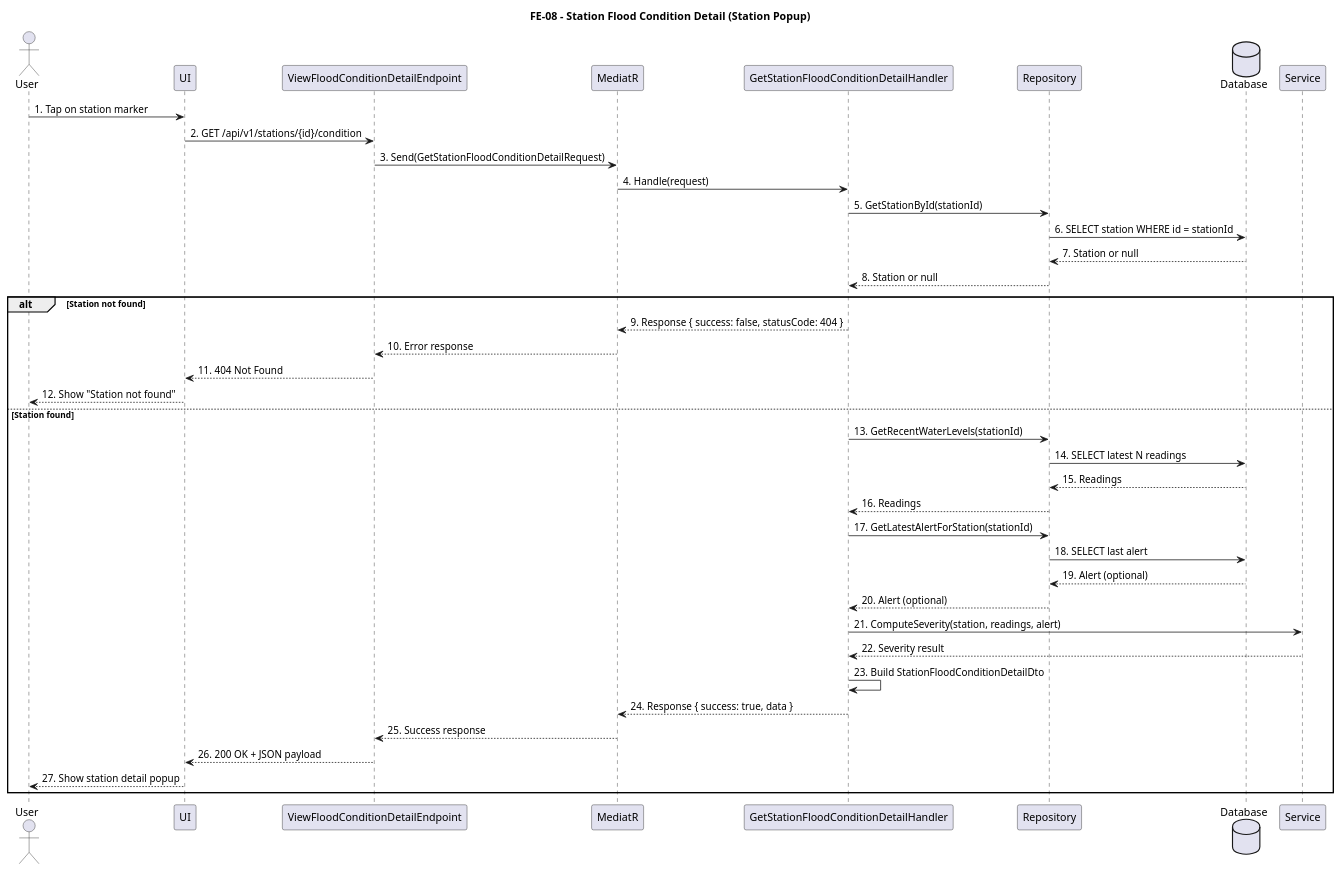
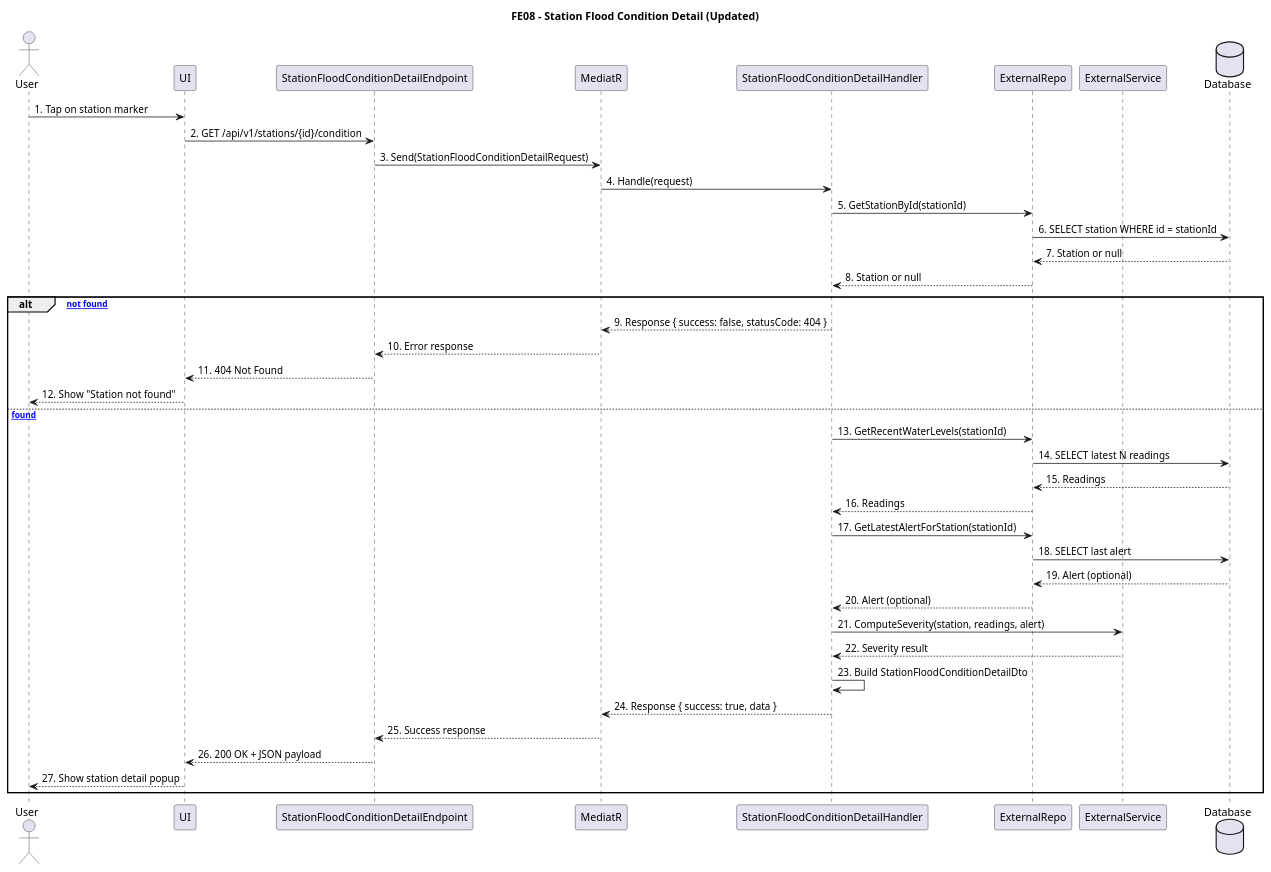
Before and after one commit to XuHo-IT/FDA_API: the second of 2 diagrams in documents/Sequence.Diagram/FE08_ViewFloodConditionsBySensorStations.puml, drawn with PlantUML. The commit also changed other lines of this file and 2 other files, not shown here.

```diff
--- a/documents/Sequence.Diagram/FE08_ViewFloodConditionsBySensorStations.puml
+++ b/documents/Sequence.Diagram/FE08_ViewFloodConditionsBySensorStations.puml
@@ -46,50 +48,50 @@
-@startuml FE08_StationFloodConditionDetail
-title FE-08 - Station Flood Condition Detail (Station Popup)
+@startuml FE08_StationFloodConditionDetail_Updated
+title FE08 - Station Flood Condition Detail (Updated)
 
 actor User
 participant UI
-participant "ViewFloodConditionDetailEndpoint" as DetailEndpoint
+participant StationFloodConditionDetailEndpoint
 participant MediatR
-participant "GetStationFloodConditionDetailHandler" as DetailHandler
-participant Repository
+participant StationFloodConditionDetailHandler
+participant ExternalRepo
+participant ExternalService
 database Database
-participant Service
 
 User -> UI: 1. Tap on station marker
-UI -> DetailEndpoint: 2. GET /api/v1/stations/{id}/condition
-DetailEndpoint -> MediatR: 3. Send(GetStationFloodConditionDetailRequest)
-MediatR -> DetailHandler: 4. Handle(request)
+UI -> StationFloodConditionDetailEndpoint: 2. GET /api/v1/stations/{id}/condition
+StationFloodConditionDetailEndpoint -> MediatR: 3. Send(StationFloodConditionDetailRequest)
+MediatR -> StationFloodConditionDetailHandler: 4. Handle(request)
 
-DetailHandler -> Repository: 5. GetStationById(stationId)
-Repository -> Database: 6. SELECT station WHERE id = stationId
-Database --> Repository: 7. Station or null
-Repository --> DetailHandler: 8. Station or null
+StationFloodConditionDetailHandler -> ExternalRepo: 5. GetStationById(stationId)
+ExternalRepo -> Database: 6. SELECT station WHERE id = stationId
+Database --> ExternalRepo: 7. Station or null
+ExternalRepo --> StationFloodConditionDetailHandler: 8. Station or null
 
-alt Station not found
-  DetailHandler --> MediatR: 9. Response { success: false, statusCode: 404 }
-  MediatR --> DetailEndpoint: 10. Error response
-  DetailEndpoint --> UI: 11. 404 Not Found
-  UI --> User: 12. Show "Station not found"
-else Station found
-  DetailHandler -> Repository: 13. GetRecentWaterLevels(stationId)
-  Repository -> Database: 14. SELECT latest N readings
-  Database --> Repository: 15. Readings
-  Repository --> DetailHandler: 16. Readings
+alt [Station not found]
+    StationFloodConditionDetailHandler --> MediatR: 9. Response { success: false, statusCode: 404 }
+    MediatR --> StationFloodConditionDetailEndpoint: 10. Error response
+    StationFloodConditionDetailEndpoint --> UI: 11. 404 Not Found
+    UI --> User: 12. Show "Station not found"
+else [Station found]
+    StationFloodConditionDetailHandler -> ExternalRepo: 13. GetRecentWaterLevels(stationId)
+    ExternalRepo -> Database: 14. SELECT latest N readings
+    Database --> ExternalRepo: 15. Readings
+    ExternalRepo --> StationFloodConditionDetailHandler: 16. Readings
 
-  DetailHandler -> Repository: 17. GetLatestAlertForStation(stationId)
-  Repository -> Database: 18. SELECT last alert
-  Database --> Repository: 19. Alert (optional)
-  Repository --> DetailHandler: 20. Alert (optional)
+    StationFloodConditionDetailHandler -> ExternalRepo: 17. GetLatestAlertForStation(stationId)
+    ExternalRepo -> Database: 18. SELECT last alert
+    Database --> ExternalRepo: 19. Alert (optional)
+    ExternalRepo --> StationFloodConditionDetailHandler: 20. Alert (optional)
 
-  DetailHandler -> Service: 21. ComputeSeverity(station, readings, alert)
-  Service --> DetailHandler: 22. Severity result
+    StationFloodConditionDetailHandler -> ExternalService: 21. ComputeSeverity(station, readings, alert)
+    ExternalService --> StationFloodConditionDetailHandler: 22. Severity result
 
-  DetailHandler -> DetailHandler: 23. Build StationFloodConditionDetailDto
+    StationFloodConditionDetailHandler -> StationFloodConditionDetailHandler: 23. Build StationFloodConditionDetailDto
 
-  DetailHandler --> MediatR: 24. Response { success: true, data }
-  MediatR --> DetailEndpoint: 25. Success response
-  DetailEndpoint --> UI: 26. 200 OK + JSON payload
-  UI --> User: 27. Show station detail popup
+    StationFloodConditionDetailHandler --> MediatR: 24. Response { success: true, data }
+    MediatR --> StationFloodConditionDetailEndpoint: 25. Success response
+    StationFloodConditionDetailEndpoint --> UI: 26. 200 OK + JSON payload
+    UI --> User: 27. Show station detail popup
 end
 
 @enduml
```
